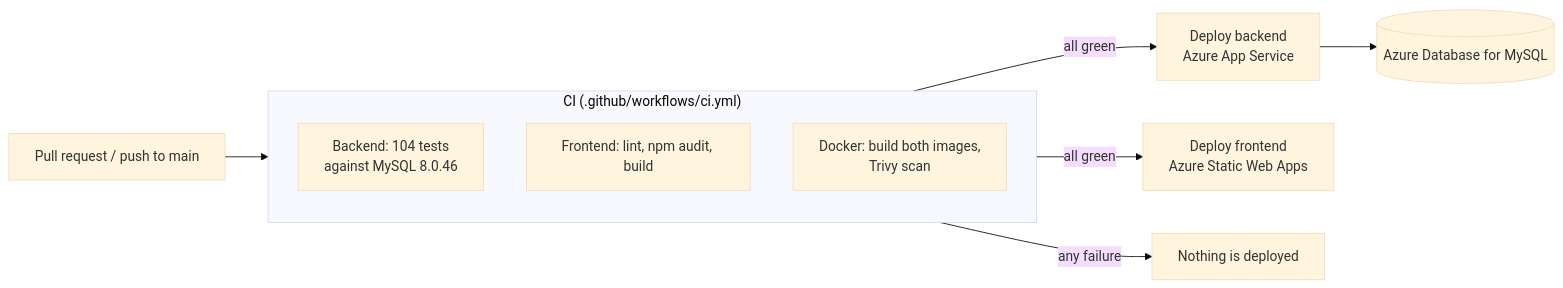
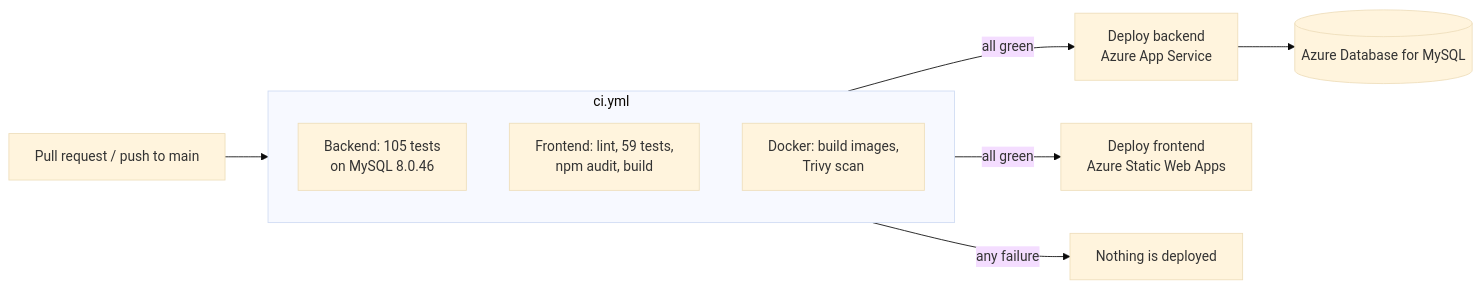
The fourth of 4 diagrams in README.md (Mmeghna10/placementhub), drawn with Mermaid (base theme) before and after one commit. The commit also changed other lines of this file and 3 other files, not shown here.

````diff
--- a/README.md
+++ b/README.md
@@ -232,13 +337,13 @@
 ```mermaid
 flowchart LR
     PR[Pull request / push to main] --> CI
-    subgraph CI["CI (.github/workflows/ci.yml)"]
-        B["Backend: 104 tests<br/>against MySQL 8.0.46"]
-        F["Frontend: lint, npm audit, build"]
-        D["Docker: build both images,<br/>Trivy scan"]
+    subgraph CI["ci.yml"]
+        B["Backend: 105 tests<br/>on MySQL 8.0.46"]
+        F["Frontend: lint, 59 tests,<br/>npm audit, build"]
+        D["Docker: build images,<br/>Trivy scan"]
     end
     CI -- all green --> DB["Deploy backend<br/>Azure App Service"]
     CI -- all green --> DF["Deploy frontend<br/>Azure Static Web Apps"]
     CI -- any failure --> X["Nothing is deployed"]
     DB --> M[(Azure Database for MySQL)]
 ```
````
